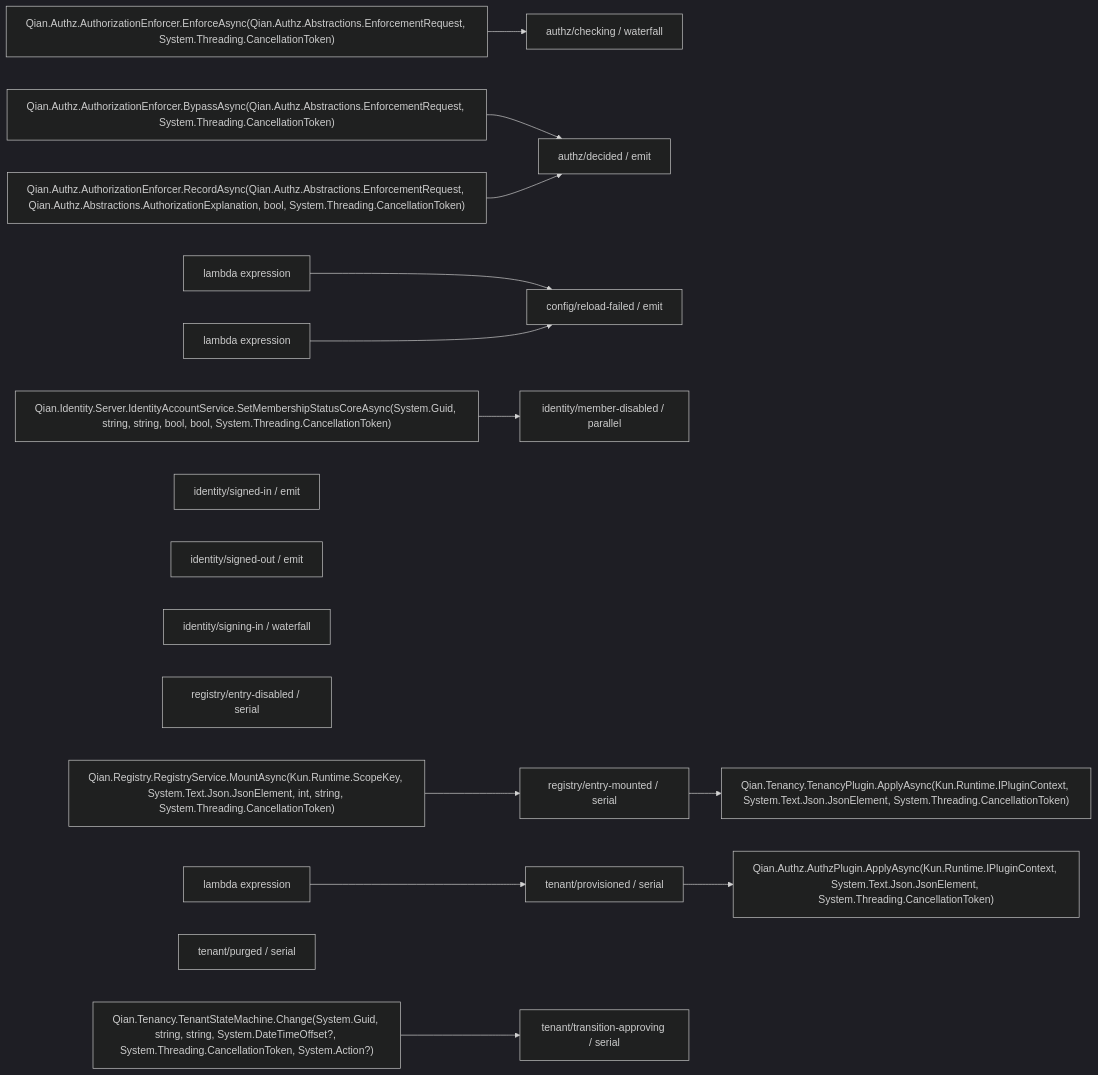
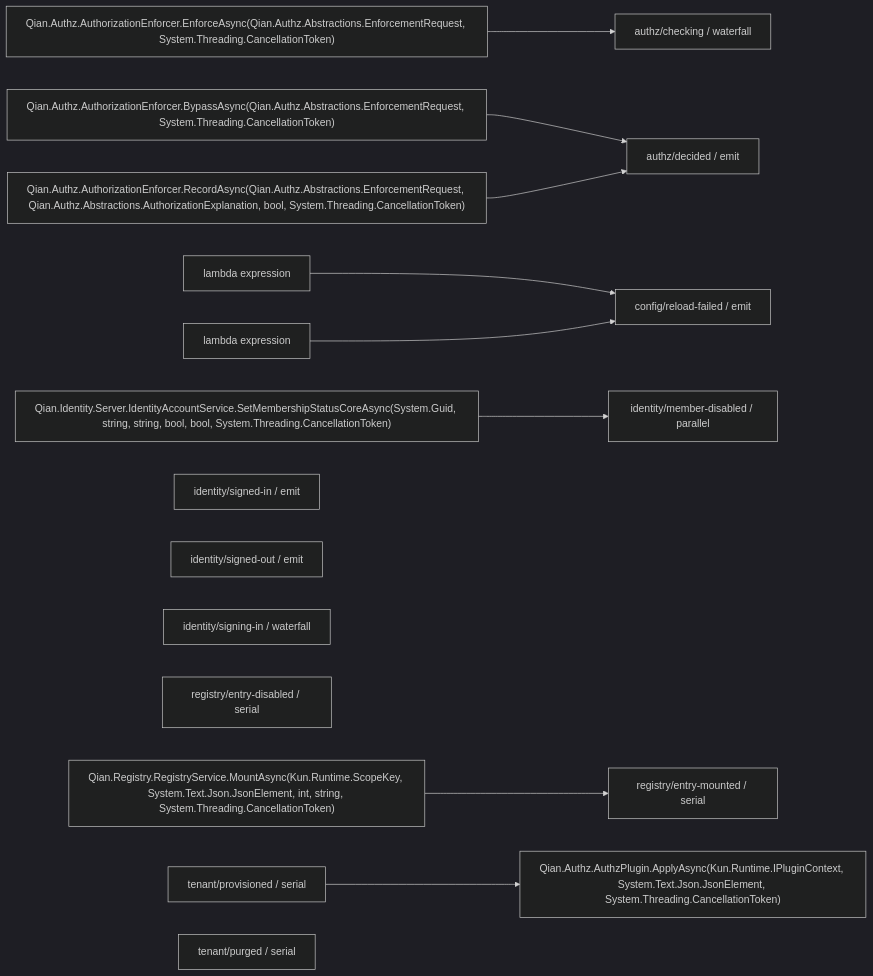
Before and after one commit to CavaiLAB/kun: the diagram in _import/qian/docs/generated/event-graph.md, drawn with Mermaid (dark theme). The commit also changed other lines of this file and 4 other files, not shown here.

````diff
--- a/_import/qian/docs/generated/event-graph.md
+++ b/_import/qian/docs/generated/event-graph.md
@@ -22,26 +21,22 @@
 ```mermaid
 flowchart LR
   e0["authz/checking / waterfall"]
   p0_0["Qian.Authz.AuthorizationEnforcer.EnforceAsync(Qian.Authz.Abstractions.EnforcementRequest, System.Threading.CancellationToken)"] --> e0
   e1["authz/decided / emit"]
   p1_0["Qian.Authz.AuthorizationEnforcer.BypassAsync(Qian.Authz.Abstractions.EnforcementRequest, System.Threading.CancellationToken)"] --> e1
   p1_1["Qian.Authz.AuthorizationEnforcer.RecordAsync(Qian.Authz.Abstractions.EnforcementRequest, Qian.Authz.Abstractions.AuthorizationExplanation, bool, System.Threading.CancellationToken)"] --> e1
   e2["config/reload-failed / emit"]
   p2_0["lambda expression"] --> e2
   p2_1["lambda expression"] --> e2
   e3["identity/member-disabled / parallel"]
   p3_0["Qian.Identity.Server.IdentityAccountService.SetMembershipStatusCoreAsync(System.Guid, string, string, bool, bool, System.Threading.CancellationToken)"] --> e3
   e4["identity/signed-in / emit"]
   e5["identity/signed-out / emit"]
   e6["identity/signing-in / waterfall"]
   e7["registry/entry-disabled / serial"]
   e8["registry/entry-mounted / serial"]
   p8_0["Qian.Registry.RegistryService.MountAsync(Kun.Runtime.ScopeKey, System.Text.Json.JsonElement, int, string, System.Threading.CancellationToken)"] --> e8
-  e8 --> c8_0["Qian.Tenancy.TenancyPlugin.ApplyAsync(Kun.Runtime.IPluginContext, System.Text.Json.JsonElement, System.Threading.CancellationToken)"]
   e9["tenant/provisioned / serial"]
-  p9_0["lambda expression"] --> e9
   e9 --> c9_0["Qian.Authz.AuthzPlugin.ApplyAsync(Kun.Runtime.IPluginContext, System.Text.Json.JsonElement, System.Threading.CancellationToken)"]
   e10["tenant/purged / serial"]
-  e11["tenant/transition-approving / serial"]
-  p11_0["Qian.Tenancy.TenantStateMachine.Change(System.Guid, string, string, System.DateTimeOffset?, System.Threading.CancellationToken, System.Action?)"] --> e11
 ```
````
